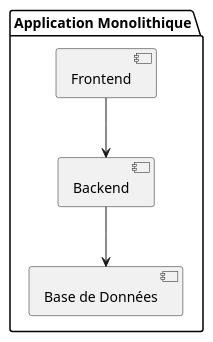
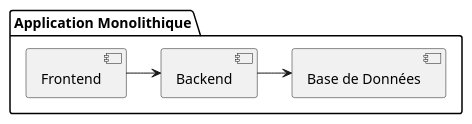
One commit to cpierres/p4veilletech changed the diagram in docs/diagrams/archi-monolithique.puml. Above: the diagram before and after it, drawn with PlantUML. The commit also changed 12 other files, not shown here.

Commit message:
Améliorations : mise en forme et ajout de diagrammes d'architectures

```diff
--- a/docs/diagrams/archi-monolithique.puml
+++ b/docs/diagrams/archi-monolithique.puml
@@ -1,9 +1,6 @@
 @startuml
-package "Application Monolithique" {
-  [Frontend]
-  [Backend]
-  [Base de Données]
-}
-Frontend --> Backend
-Backend --> "Base de Données"
+     package "Application Monolithique" {
+       [Frontend] -right-> [Backend]
+       [Backend] -right-> [Base de Données]
+     }
 @enduml
```
